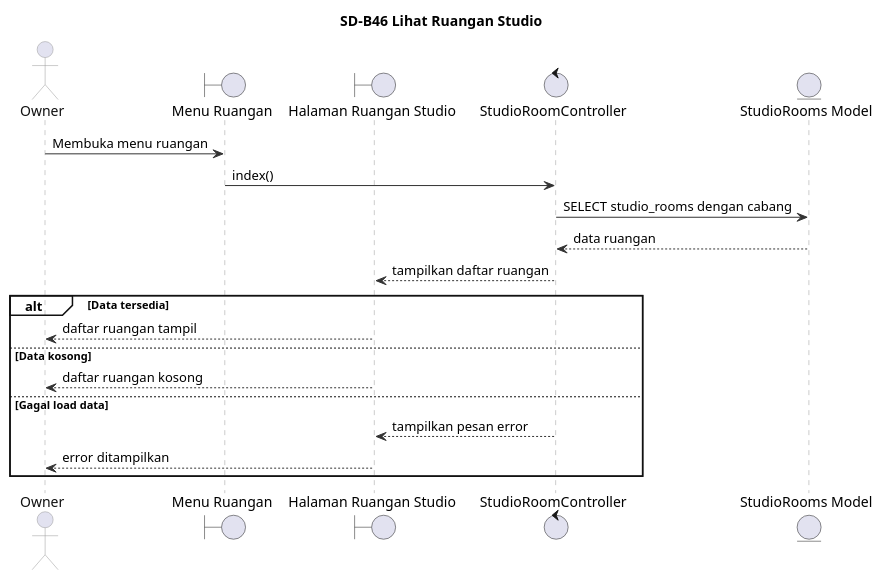
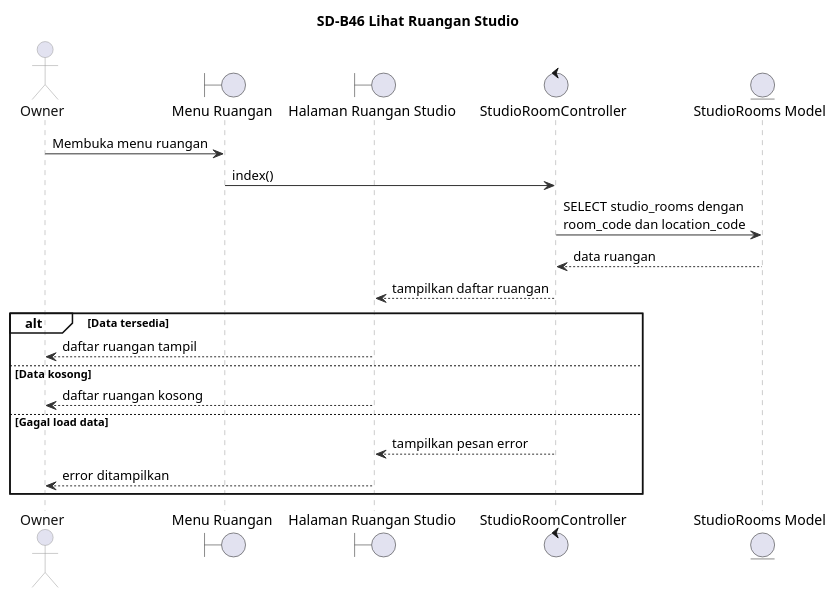
One commit to Fajrinputra/alterstudio-ta changed the diagram in sequence/SD-B46.puml. Above: the diagram before and after it, drawn with PlantUML. The commit also changed 71 other files, not shown here.

```diff
--- a/sequence/SD-B46.puml
+++ b/sequence/SD-B46.puml
@@ -1,41 +1,41 @@
 @startuml
 title SD-B46 Lihat Ruangan Studio
 
 skinparam backgroundColor white
 skinparam shadowing false
 skinparam BoxPadding 4
 skinparam sequence {
     ArrowColor #333333
     LifeLineBorderColor #999999
     LifeLineBackgroundColor white
     ParticipantBorderColor #999999
     ParticipantBackgroundColor #ECEEF8
     ParticipantFontColor #111111
     ActorBorderColor #999999
     ActorFontColor #111111
     GroupBorderColor #111111
     GroupBackgroundColor transparent
 }
 
 actor "Owner" as Owner
 boundary "Menu Ruangan" as MenuRuangan
 boundary "Halaman Ruangan Studio" as HalamanRuangan
 control "StudioRoomController" as StudioRoomController
 entity "StudioRooms Model" as StudioRoom
 
 Owner -> MenuRuangan : Membuka menu ruangan
 MenuRuangan -> StudioRoomController : index()
-StudioRoomController -> StudioRoom : SELECT studio_rooms dengan cabang
+StudioRoomController -> StudioRoom : SELECT studio_rooms dengan\nroom_code dan location_code
 StudioRoom --> StudioRoomController : data ruangan
 StudioRoomController --> HalamanRuangan : tampilkan daftar ruangan
 
 alt Data tersedia
     HalamanRuangan --> Owner : daftar ruangan tampil
 else Data kosong
     HalamanRuangan --> Owner : daftar ruangan kosong
 else Gagal load data
     StudioRoomController --> HalamanRuangan : tampilkan pesan error
     HalamanRuangan --> Owner : error ditampilkan
 end
 
 @enduml
```
